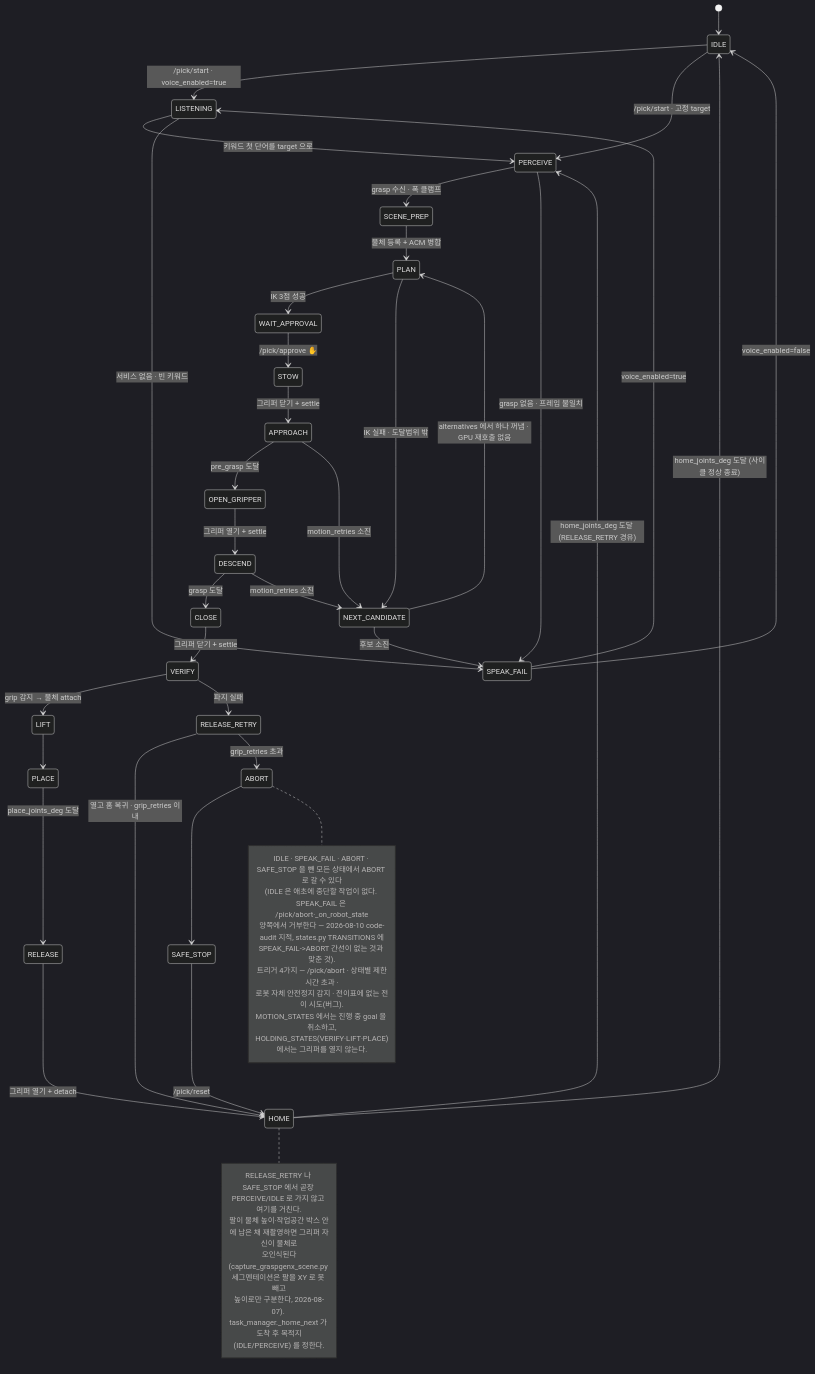
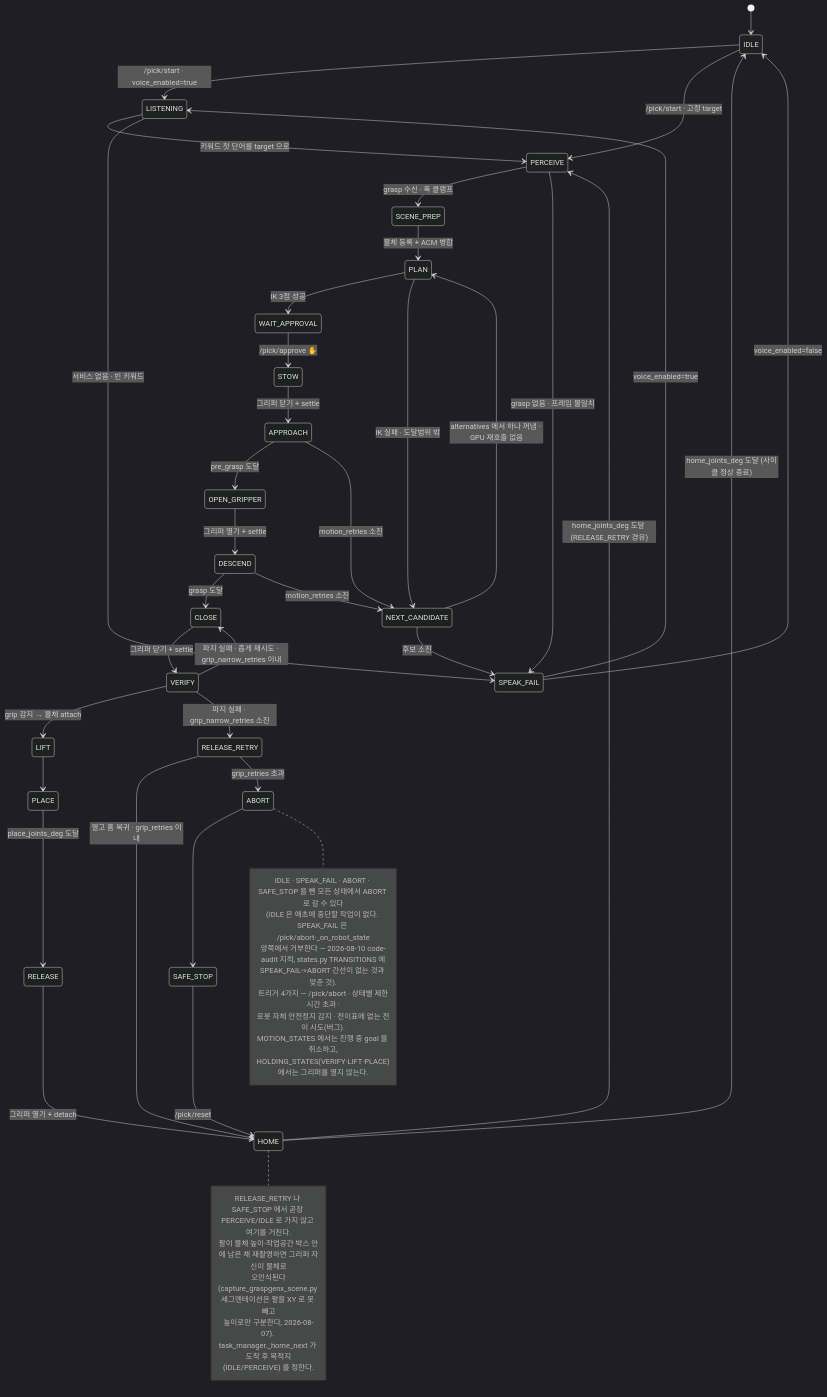
Before and after one commit to gwanhuiGIM/Rokey_cobot2_ws: the second of 2 diagrams in src/PACKAGES.md, drawn with Mermaid (dark theme). The commit also changed other lines of this file and 14 other files, not shown here.

````diff
--- a/src/PACKAGES.md
+++ b/src/PACKAGES.md
@@ -1118,60 +1118,61 @@
 ```mermaid
 stateDiagram-v2
     [*] --> IDLE
 
     IDLE --> LISTENING : /pick/start · voice_enabled=true
     IDLE --> PERCEIVE : /pick/start · 고정 target
     LISTENING --> PERCEIVE : 키워드 첫 단어를 target 으로
     LISTENING --> SPEAK_FAIL : 서비스 없음 · 빈 키워드
     PERCEIVE --> SCENE_PREP : grasp 수신 · 폭 클램프
     PERCEIVE --> SPEAK_FAIL : grasp 없음 · 프레임 불일치
     SCENE_PREP --> PLAN : 물체 등록 + ACM 병합
     PLAN --> WAIT_APPROVAL : IK 3점 성공
     WAIT_APPROVAL --> STOW : /pick/approve ✋
     STOW --> APPROACH : 그리퍼 닫기 + settle
 
     APPROACH --> OPEN_GRIPPER : pre_grasp 도달
     OPEN_GRIPPER --> DESCEND : 그리퍼 열기 + settle
     DESCEND --> CLOSE : grasp 도달
     CLOSE --> VERIFY : 그리퍼 닫기 + settle
     VERIFY --> LIFT : grip 감지 → 물체 attach
     LIFT --> PLACE
     PLACE --> RELEASE : place_joints_deg 도달
     RELEASE --> HOME : 그리퍼 열기 + detach
     HOME --> IDLE : home_joints_deg 도달 (사이클 정상 종료)
     HOME --> PERCEIVE : home_joints_deg 도달 (RELEASE_RETRY 경유)
 
     PLAN --> NEXT_CANDIDATE : IK 실패 · 도달범위 밖
     APPROACH --> NEXT_CANDIDATE : motion_retries 소진
     DESCEND --> NEXT_CANDIDATE : motion_retries 소진
     NEXT_CANDIDATE --> PLAN : alternatives 에서 하나 꺼냄 · GPU 재호출 없음
     NEXT_CANDIDATE --> SPEAK_FAIL : 후보 소진
 
-    VERIFY --> RELEASE_RETRY : 파지 실패
+    VERIFY --> CLOSE : 파지 실패 · 좁게 재시도 · grip_narrow_retries 이내
+    VERIFY --> RELEASE_RETRY : 파지 실패 · grip_narrow_retries 소진
     RELEASE_RETRY --> HOME : 열고 홈 복귀 · grip_retries 이내
     RELEASE_RETRY --> ABORT : grip_retries 초과
 
     SPEAK_FAIL --> LISTENING : voice_enabled=true
     SPEAK_FAIL --> IDLE : voice_enabled=false
     ABORT --> SAFE_STOP
     SAFE_STOP --> HOME : /pick/reset
 
     note right of HOME
         RELEASE_RETRY 나 SAFE_STOP 에서 곧장 PERCEIVE/IDLE 로 가지 않고 여기를 거친다.
         팔이 물체 높이·작업공간 박스 안에 남은 채 재촬영하면 그리퍼 자신이 물체로
         오인식된다(capture_graspgenx_scene.py 세그멘테이션은 팔을 XY 로 못 빼고
         높이로만 구분한다, 2026-08-07). task_manager._home_next 가 도착 후 목적지
         (IDLE/PERCEIVE) 를 정한다.
     end note
 
     note right of ABORT
         IDLE · SPEAK_FAIL · ABORT · SAFE_STOP 을 뺀 모든 상태에서 ABORT 로 갈 수 있다
         (IDLE 은 애초에 중단할 작업이 없다. SPEAK_FAIL 은 /pick/abort·_on_robot_state
         양쪽에서 거부한다 — 2026-08-10 code-audit 지적, states.py TRANSITIONS 에
         SPEAK_FAIL->ABORT 간선이 없는 것과 맞춘 것).
         트리거 4가지 — /pick/abort · 상태별 제한시간 초과 ·
         로봇 자체 안전정지 감지 · 전이표에 없는 전이 시도(버그).
         MOTION_STATES 에서는 진행 중 goal 을 취소하고,
         HOLDING_STATES(VERIFY·LIFT·PLACE)에서는 그리퍼를 열지 않는다.
     end note
 ```
````
